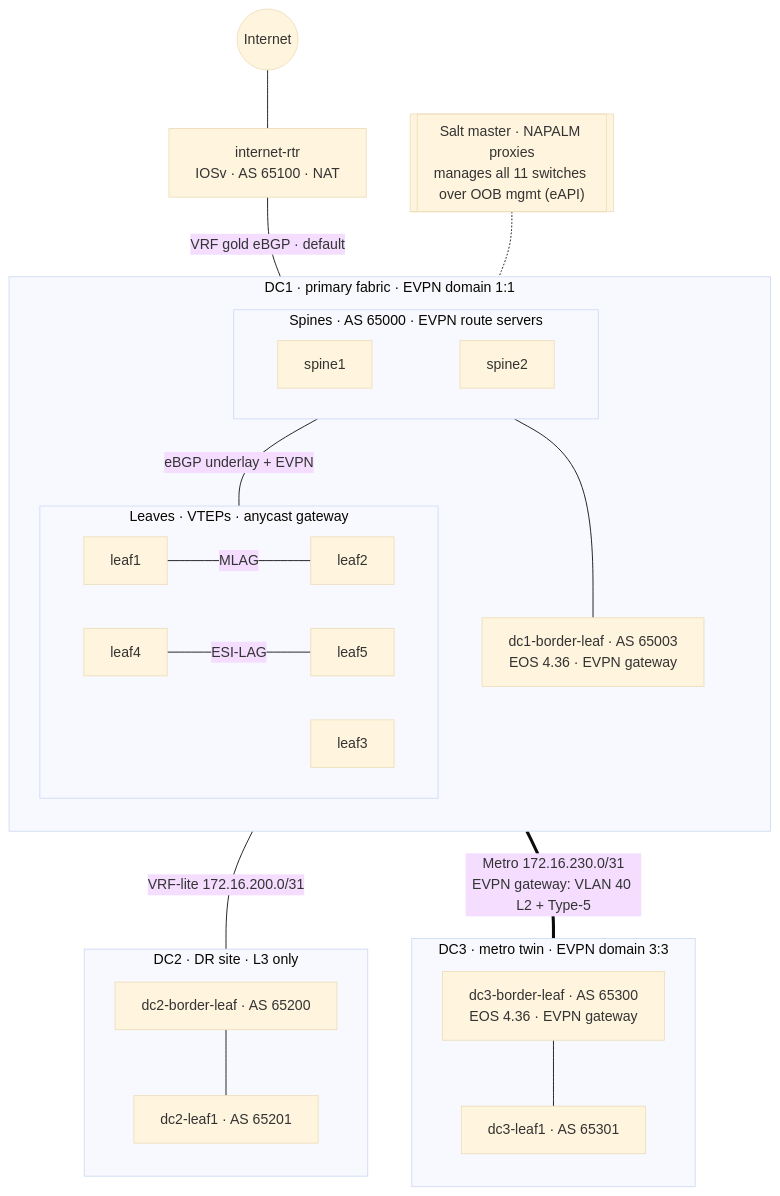
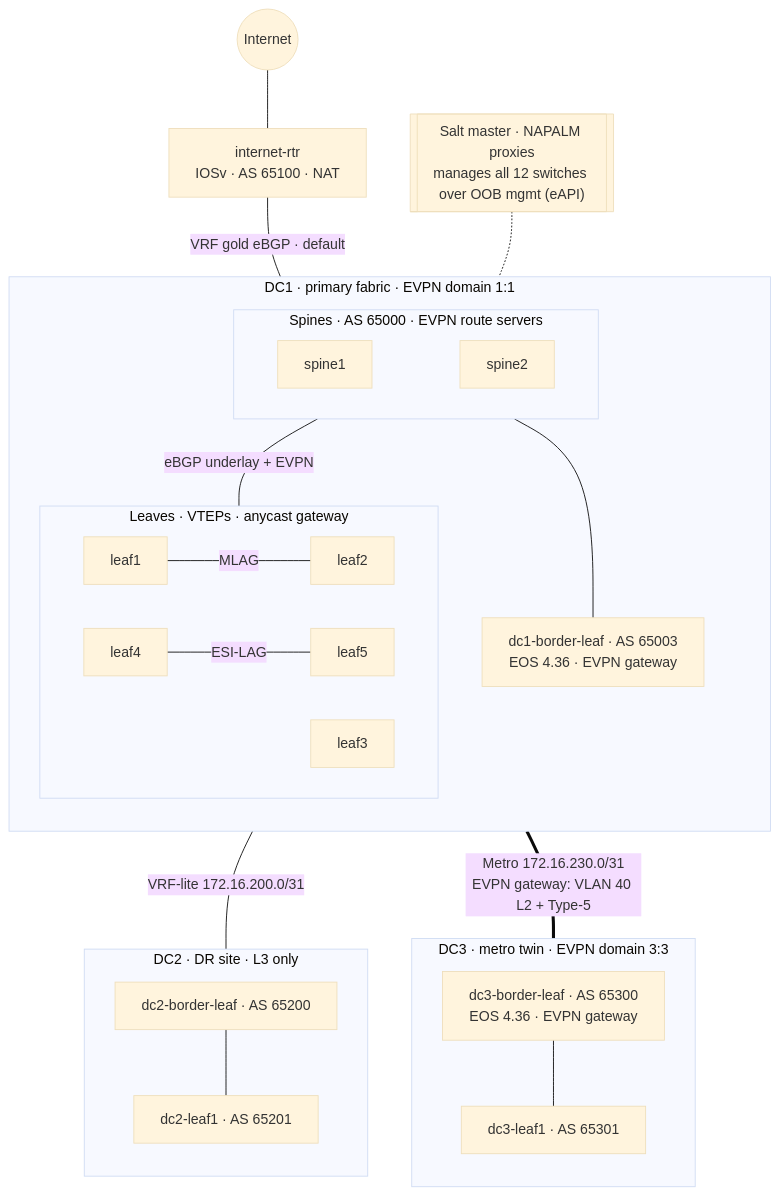
Before and after one commit to ysudhakarbe/AI-ready-Arista-EVPN-multisite: the first of 2 diagrams in README.md, drawn with Mermaid (base theme). The commit also changed other lines of this file and 2 other files, not shown here.

Commit message:
Fix switch count: 12 Arista switches

````diff
--- a/README.md
+++ b/README.md
@@ -32,37 +32,37 @@
 ```mermaid
 flowchart TB
-  SALT[["Salt master · NAPALM proxies<br/>manages all 11 switches over OOB mgmt (eAPI)"]]
+  SALT[["Salt master · NAPALM proxies<br/>manages all 12 switches over OOB mgmt (eAPI)"]]
   INET(("Internet")) --- RTR["internet-rtr<br/>IOSv · AS 65100 · NAT"]
 
   subgraph DC1["DC1 · primary fabric · EVPN domain 1:1"]
     direction TB
     subgraph SP["Spines · AS 65000 · EVPN route servers"]
       direction LR
       S1["spine1"] ~~~ S2["spine2"]
     end
     subgraph LF["Leaves · VTEPs · anycast gateway"]
       direction LR
       L1["leaf1"] ---|MLAG| L2["leaf2"]
       L3["leaf3"]
       L4["leaf4"] ---|ESI-LAG| L5["leaf5"]
     end
     BL1["dc1-border-leaf · AS 65003<br/>EOS 4.36 · EVPN gateway"]
     SP ---|"eBGP underlay + EVPN"| LF
     SP --- BL1
   end
 
   subgraph DC3["DC3 · metro twin · EVPN domain 3:3"]
     direction TB
     BL3["dc3-border-leaf · AS 65300<br/>EOS 4.36 · EVPN gateway"] --- DL3["dc3-leaf1 · AS 65301"]
   end
 
   subgraph DC2["DC2 · DR site · L3 only"]
     direction TB
     BL2["dc2-border-leaf · AS 65200"] --- DL2["dc2-leaf1 · AS 65201"]
   end
 
   SALT -.- DC1
   RTR ---|"VRF gold eBGP · default"| BL1
   BL1 ===|"Metro 172.16.230.0/31<br/>EVPN gateway: VLAN 40 L2 + Type-5"| BL3
   BL1 ---|"VRF-lite 172.16.200.0/31"| BL2
 ```
````
